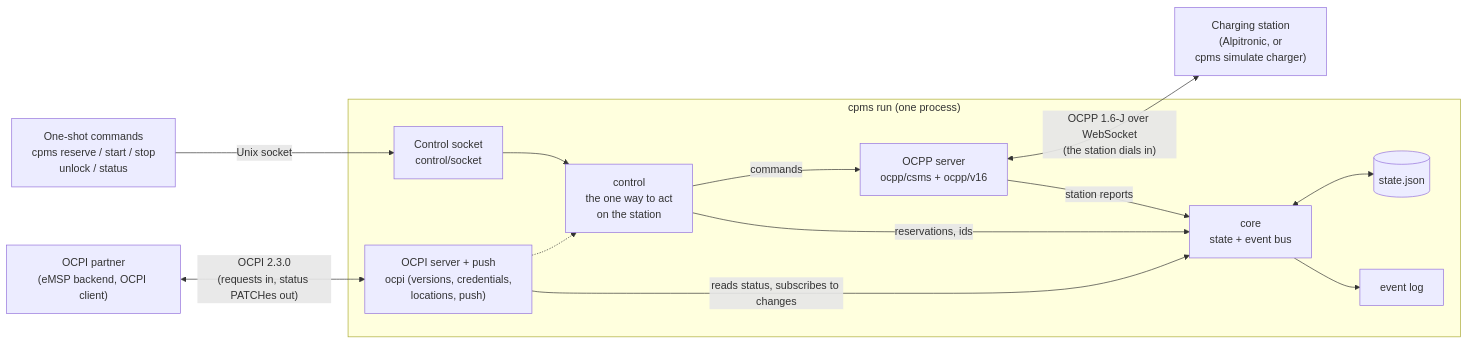
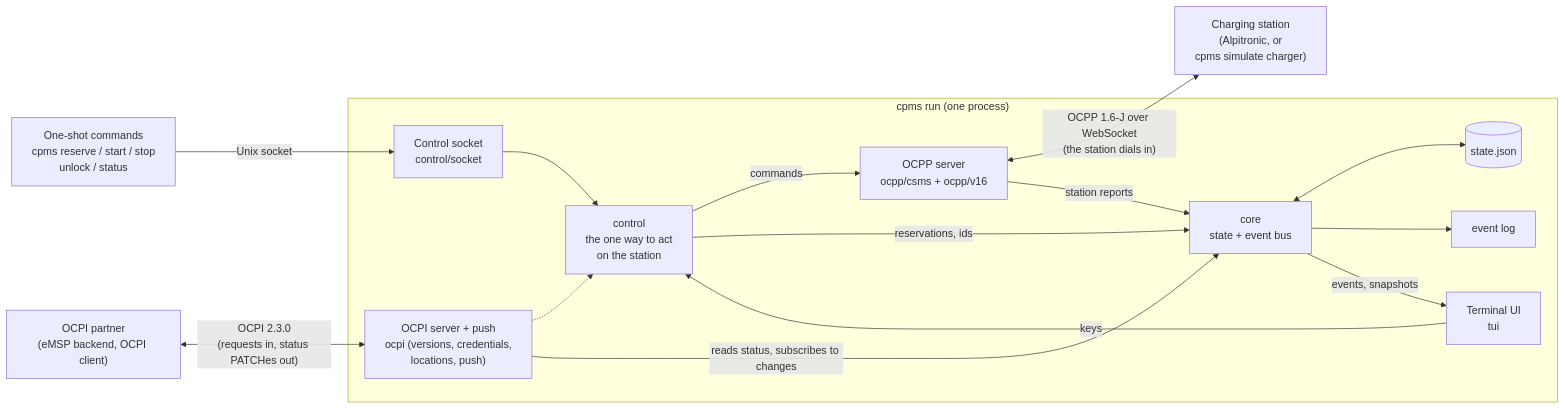
Before and after one commit to wolffseb/headless-csms: the diagram in docs/architecture/overview.md, drawn with Mermaid. The commit also changed other lines of this file and 14 other files, not shown here.

````diff
--- a/docs/architecture/overview.md
+++ b/docs/architecture/overview.md
@@ -8,28 +8,31 @@
 ```mermaid
 flowchart LR
     cli["One-shot commands<br/>cpms reserve / start / stop<br/>unlock / status"]
     partner["OCPI partner<br/>(eMSP backend, OCPI client)"]
     station["Charging station<br/>(Alpitronic, or<br/>cpms simulate charger)"]
 
     subgraph run ["cpms run (one process)"]
         sock["Control socket<br/>control/socket"]
         ocpi["OCPI server + push<br/>ocpi (versions, credentials,<br/>locations, push)"]
         ctrl["control<br/>the one way to act<br/>on the station"]
         csms["OCPP server<br/>ocpp/csms + ocpp/v16"]
         core["core<br/>state + event bus"]
         store[("state.json")]
         log["event log"]
+        tui["Terminal UI<br/>tui"]
     end
 
     cli -- "Unix socket" --> sock
     partner <-- "OCPI 2.3.0<br/>(requests in, status PATCHes out)" --> ocpi
     sock --> ctrl
     ocpi -.-> ctrl
     ctrl -- "commands" --> csms
     csms <-- "OCPP 1.6-J over WebSocket<br/>(the station dials in)" --> station
     ctrl -- "reservations, ids" --> core
     csms -- "station reports" --> core
     ocpi -- "reads status, subscribes to changes" --> core
     core <--> store
     core --> log
+    core -- "events, snapshots" --> tui
+    tui -- "keys" --> ctrl
 ```
````
